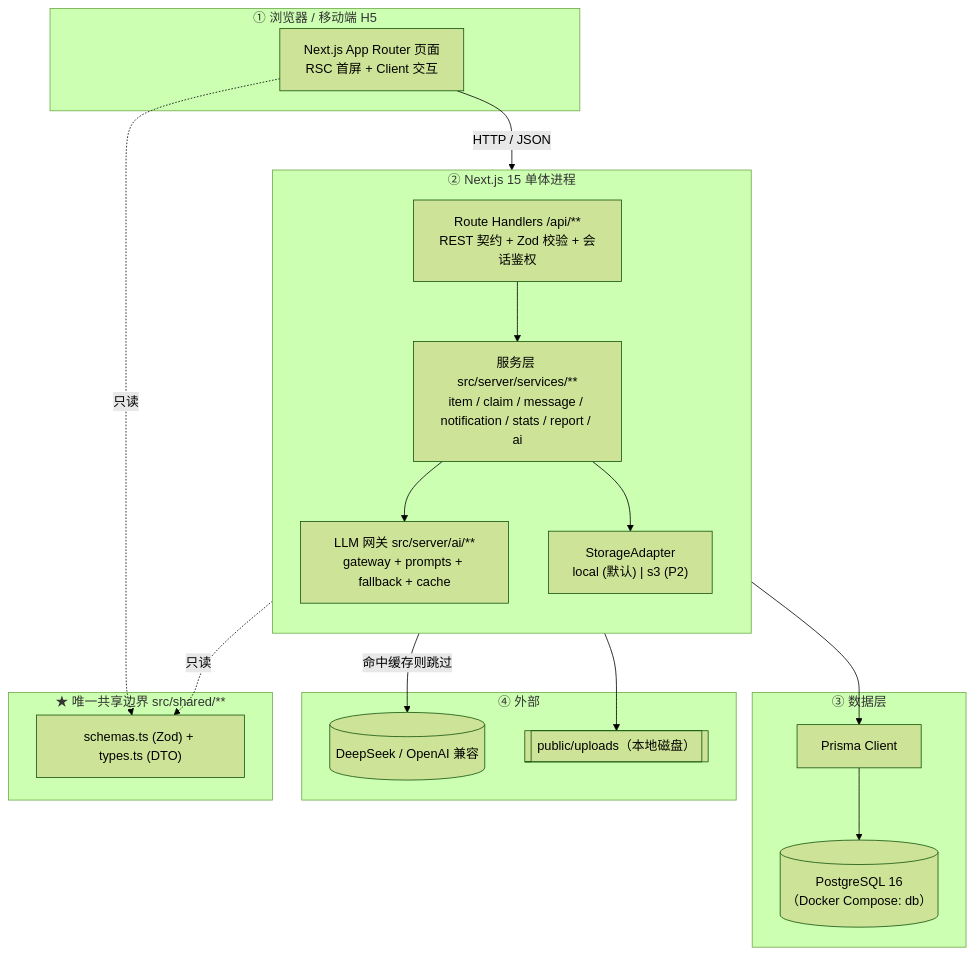
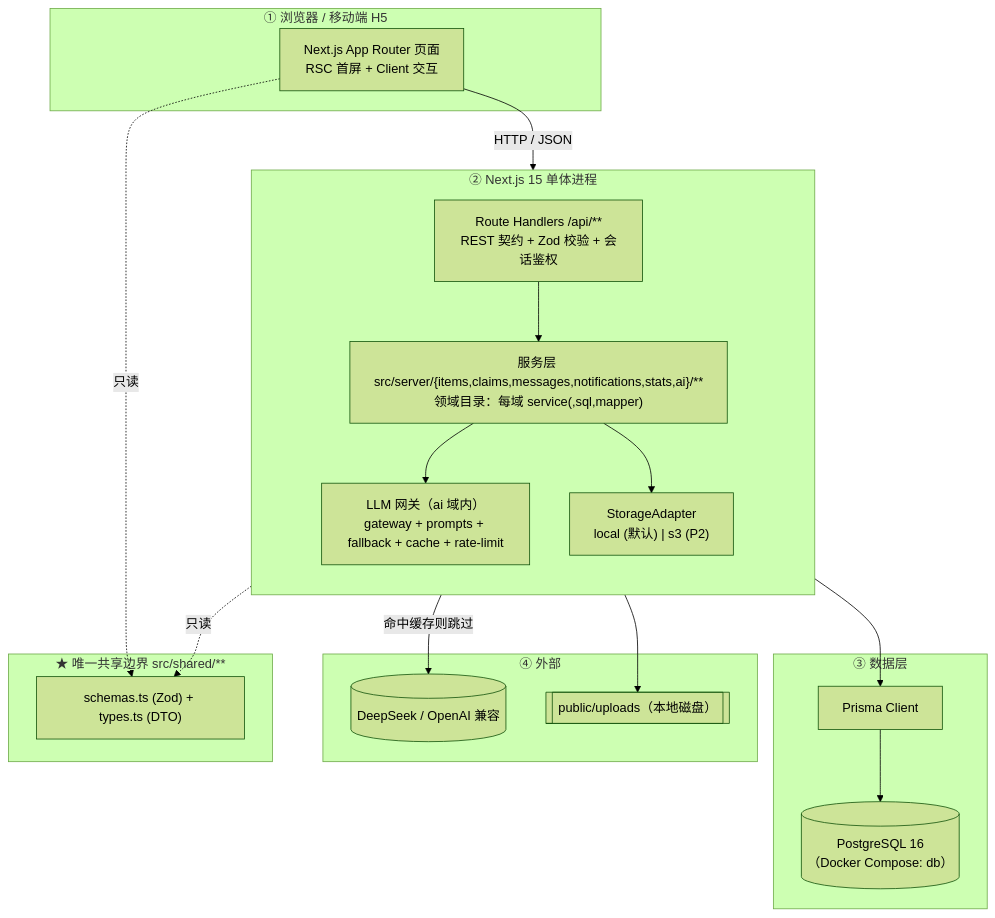
One commit to Tech-luoyi/Community-Reuse changed the first of 5 diagrams in docs/tech-design-final.md. Above: the diagram before and after it, drawn with Mermaid (forest theme). The commit also changed other lines of this file, not shown here.

````diff
--- a/docs/tech-design-final.md
+++ b/docs/tech-design-final.md
@@ -110,39 +110,39 @@
 ```mermaid
 flowchart TB
     subgraph Client["① 浏览器 / 移动端 H5"]
         UI["Next.js App Router 页面<br/>RSC 首屏 + Client 交互"]
     end
 
     subgraph App["② Next.js 15 单体进程"]
         direction TB
         RH["Route Handlers /api/**<br/>REST 契约 + Zod 校验 + 会话鉴权"]
-        SVC["服务层 src/server/services/**<br/>item / claim / message / notification / stats / report / ai"]
-        AI["LLM 网关 src/server/ai/**<br/>gateway + prompts + fallback + cache"]
+        SVC["服务层 src/server/{items,claims,messages,notifications,stats,ai}/**<br/>领域目录：每域 service(,sql,mapper)"]
+        AI["LLM 网关（ai 域内）<br/>gateway + prompts + fallback + cache + rate-limit"]
         ST["StorageAdapter<br/>local (默认) | s3 (P2)"]
         RH --> SVC
         SVC --> AI
         SVC --> ST
     end
 
     subgraph Data["③ 数据层"]
         PR["Prisma Client"]
         PG[("PostgreSQL 16<br/>（Docker Compose: db）")]
         PR --> PG
     end
 
     subgraph Ext["④ 外部"]
         LLM[("DeepSeek / OpenAI 兼容")]
         FS[["public/uploads（本地磁盘）"]]
     end
 
     UI -->|"HTTP / JSON"| RH
     SVC --> PR
     AI -->|"命中缓存则跳过"| LLM
     ST --> FS
 
     subgraph Shared["★ 唯一共享边界 src/shared/**"]
         SH["schemas.ts (Zod) + types.ts (DTO)"]
     end
     UI -.只读.-> SH
     RH -.只读.-> SH
 ```
````
